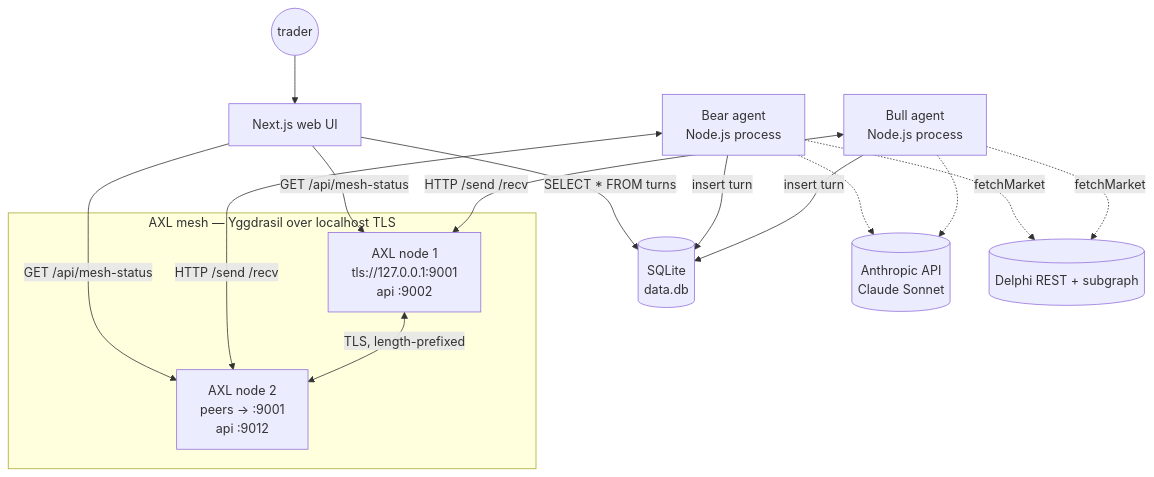
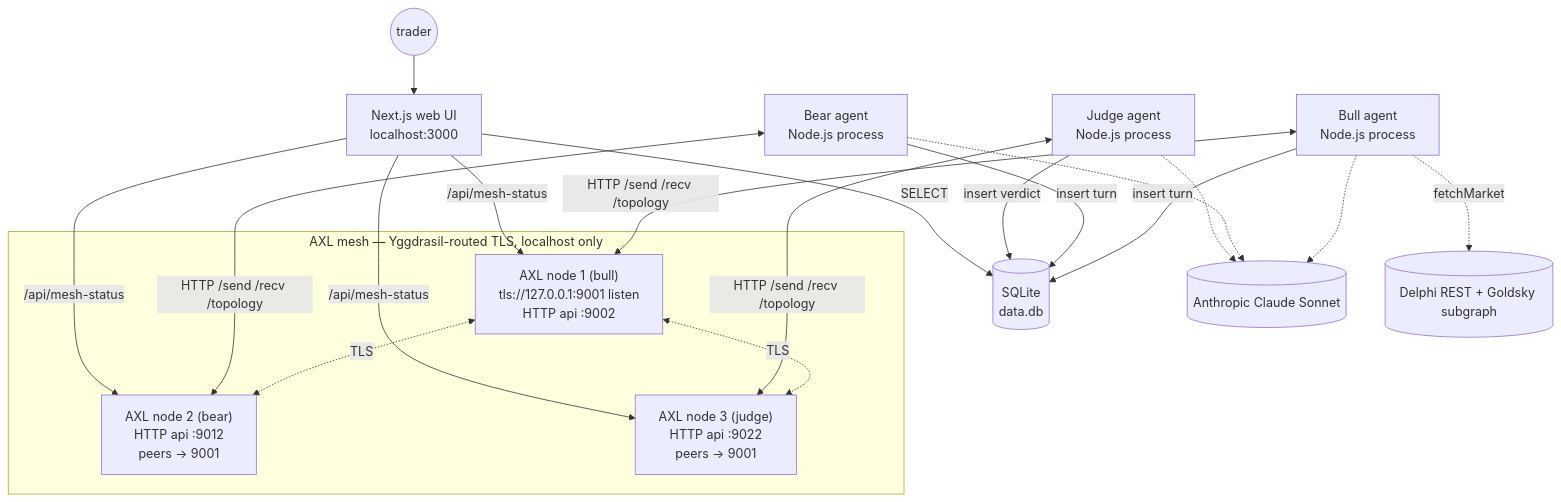
Before and after one commit to Moren808/delphi-duel: the diagram in README.md, drawn with Mermaid. The commit also changed other lines of this file, not shown here.

Commit message:
docs: complete README rewrite with judge node, multi-outcome markets, live results

````diff
--- a/README.md
+++ b/README.md
@@ -21,30 +44,37 @@
 ```mermaid
-flowchart TD
-    subgraph mesh["AXL mesh — Yggdrasil over localhost TLS"]
-        N1[AXL node 1<br/>tls://127.0.0.1:9001<br/>api :9002]
-        N2[AXL node 2<br/>peers → :9001<br/>api :9012]
-        N1 <--> |TLS, length-prefixed| N2
+flowchart TB
+    subgraph mesh["AXL mesh — Yggdrasil-routed TLS, localhost only"]
+        N1["AXL node 1 (bull)<br/>tls://127.0.0.1:9001 listen<br/>HTTP api :9002"]
+        N2["AXL node 2 (bear)<br/>HTTP api :9012<br/>peers → 9001"]
+        N3["AXL node 3 (judge)<br/>HTTP api :9022<br/>peers → 9001"]
+        N1 <-.->|TLS| N2
+        N1 <-.->|TLS| N3
     end
 
     Bull[Bull agent<br/>Node.js process]
     Bear[Bear agent<br/>Node.js process]
+    Judge[Judge agent<br/>Node.js process]
 
-    Bull <--> |HTTP /send /recv| N1
-    Bear <--> |HTTP /send /recv| N2
+    Bull <-->|HTTP /send /recv /topology| N1
+    Bear <-->|HTTP /send /recv /topology| N2
+    Judge <-->|HTTP /send /recv /topology| N3
 
     Bull --> |insert turn| DB[(SQLite<br/>data.db)]
     Bear --> |insert turn| DB
+    Judge --> |insert verdict| DB
 
-    Web[Next.js web UI] --> |SELECT * FROM turns| DB
-    Web --> |GET /api/mesh-status| N1
-    Web --> |GET /api/mesh-status| N2
+    Web[Next.js web UI<br/>localhost:3000]
+    Web --> |SELECT| DB
+    Web --> |/api/mesh-status| N1
+    Web --> |/api/mesh-status| N2
+    Web --> |/api/mesh-status| N3
     User((trader)) --> Web
 
-    Anthropic[(Anthropic API<br/>Claude Sonnet)]
+    Anthropic[(Anthropic Claude Sonnet)]
     Bull -.-> Anthropic
     Bear -.-> Anthropic
+    Judge -.-> Anthropic
 
-    Delphi[(Delphi REST + subgraph)]
+    Delphi[(Delphi REST + Goldsky subgraph)]
     Bull -.-> |fetchMarket| Delphi
-    Bear -.-> |fetchMarket| Delphi
 ```
````
